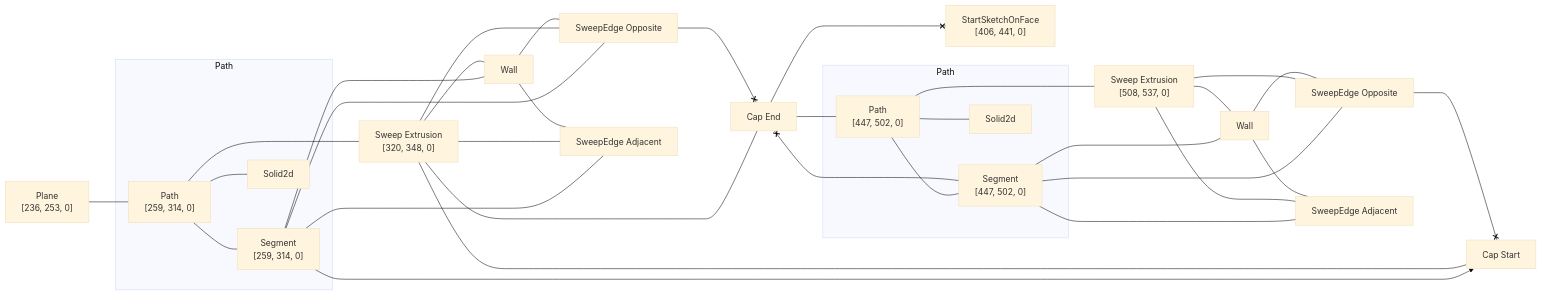
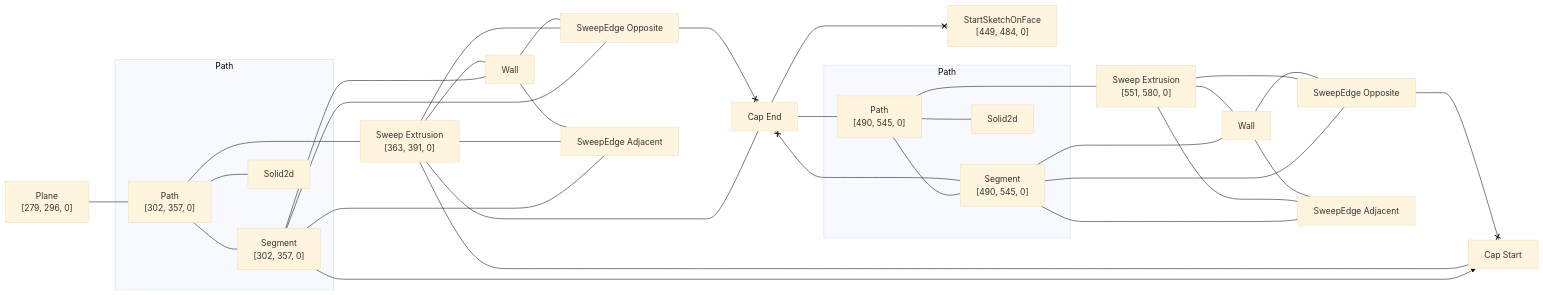
One commit to KittyCAD/modeling-app changed the diagram in rust/kcl-lib/tests/kcl_samples/pipe/artifact_graph_flowchart.snap.md. Above: the diagram before and after it, drawn with Mermaid (base theme). The commit also changed 319 other files, not shown here.

````diff
--- a/rust/kcl-lib/tests/kcl_samples/pipe/artifact_graph_flowchart.snap.md
+++ b/rust/kcl-lib/tests/kcl_samples/pipe/artifact_graph_flowchart.snap.md
@@ -1,68 +1,68 @@
 ```mermaid
 flowchart LR
   subgraph path2 [Path]
-    2["Path<br>[259, 314, 0]"]
+    2["Path<br>[302, 357, 0]"]
       %% [ProgramBodyItem { index: 3 }, VariableDeclarationDeclaration, VariableDeclarationInit, PipeBodyItem { index: 1 }]
-    3["Segment<br>[259, 314, 0]"]
+    3["Segment<br>[302, 357, 0]"]
       %% [ProgramBodyItem { index: 3 }, VariableDeclarationDeclaration, VariableDeclarationInit, PipeBodyItem { index: 1 }]
     4[Solid2d]
   end
   subgraph path11 [Path]
-    11["Path<br>[447, 502, 0]"]
+    11["Path<br>[490, 545, 0]"]
       %% [ProgramBodyItem { index: 4 }, VariableDeclarationDeclaration, VariableDeclarationInit, PipeBodyItem { index: 1 }]
-    12["Segment<br>[447, 502, 0]"]
+    12["Segment<br>[490, 545, 0]"]
       %% [ProgramBodyItem { index: 4 }, VariableDeclarationDeclaration, VariableDeclarationInit, PipeBodyItem { index: 1 }]
     13[Solid2d]
   end
-  1["Plane<br>[236, 253, 0]"]
+  1["Plane<br>[279, 296, 0]"]
     %% [ProgramBodyItem { index: 3 }, VariableDeclarationDeclaration, VariableDeclarationInit, PipeBodyItem { index: 0 }]
-  5["Sweep Extrusion<br>[320, 348, 0]"]
+  5["Sweep Extrusion<br>[363, 391, 0]"]
     %% [ProgramBodyItem { index: 3 }, VariableDeclarationDeclaration, VariableDeclarationInit, PipeBodyItem { index: 2 }]
   6[Wall]
     %% face_code_ref=Missing NodePath
   7["Cap Start"]
     %% face_code_ref=Missing NodePath
   8["Cap End"]
     %% face_code_ref=[ProgramBodyItem { index: 4 }, VariableDeclarationDeclaration, VariableDeclarationInit, PipeBodyItem { index: 0 }]
   9["SweepEdge Opposite"]
   10["SweepEdge Adjacent"]
-  14["Sweep Extrusion<br>[508, 537, 0]"]
+  14["Sweep Extrusion<br>[551, 580, 0]"]
     %% [ProgramBodyItem { index: 4 }, VariableDeclarationDeclaration, VariableDeclarationInit, PipeBodyItem { index: 2 }]
   15[Wall]
     %% face_code_ref=Missing NodePath
   16["SweepEdge Opposite"]
   17["SweepEdge Adjacent"]
-  18["StartSketchOnFace<br>[406, 441, 0]"]
+  18["StartSketchOnFace<br>[449, 484, 0]"]
     %% [ProgramBodyItem { index: 4 }, VariableDeclarationDeclaration, VariableDeclarationInit, PipeBodyItem { index: 0 }]
   1 --- 2
   2 --- 3
   2 --- 4
   2 ---- 5
   3 --- 6
   3 x--> 7
   3 --- 9
   3 --- 10
   5 --- 6
   5 --- 7
   5 --- 8
   5 --- 9
   5 --- 10
   6 --- 9
   6 --- 10
   16 <--x 7
   9 <--x 8
   8 --- 11
   12 <--x 8
   8 <--x 18
   11 --- 12
   11 --- 13
   11 ---- 14
   12 --- 15
   12 --- 16
   12 --- 17
   14 --- 15
   14 --- 16
   14 --- 17
   15 --- 16
   15 --- 17
 ```
````
